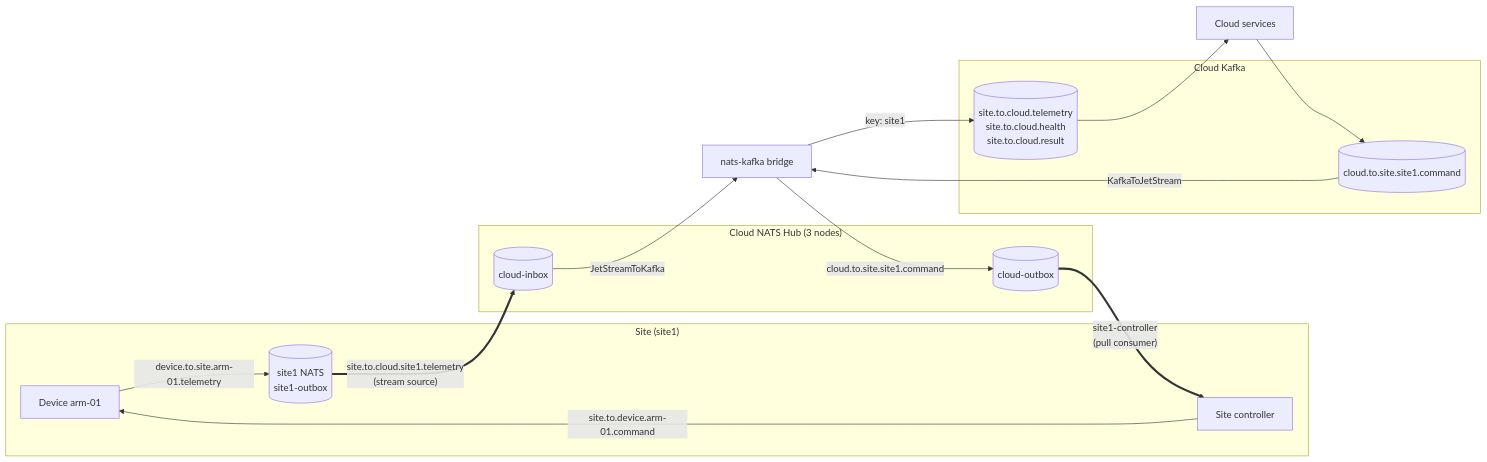
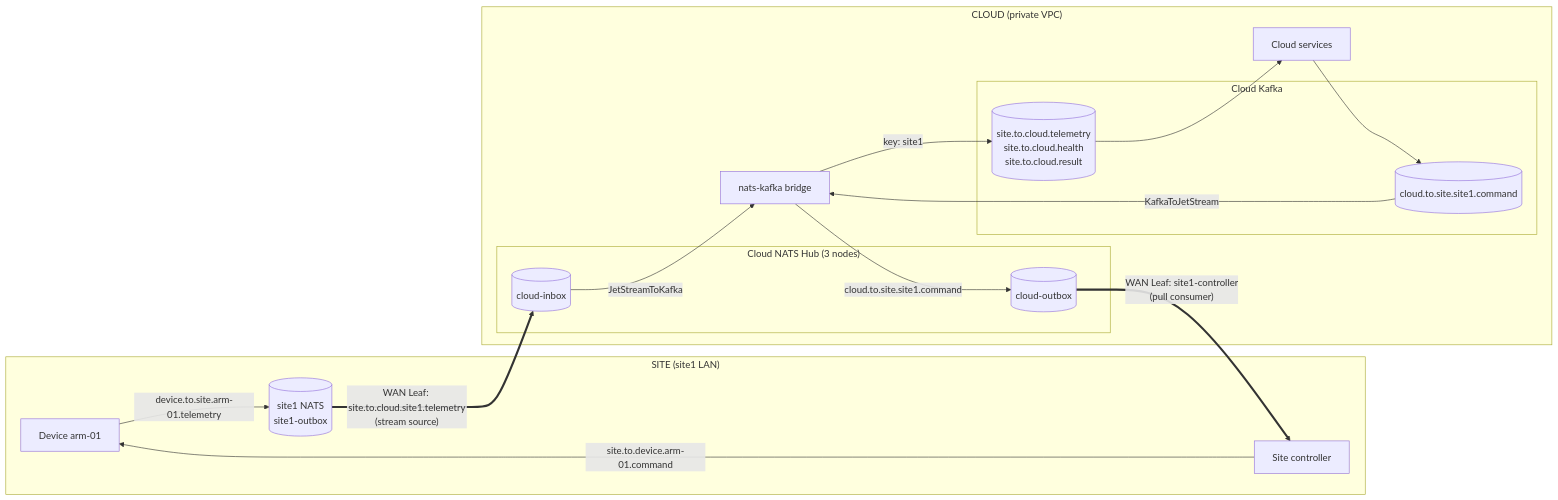
The first of 4 diagrams in pattern-a-cloud-hub/README.md (jinternals/nats-demo), drawn with Mermaid before and after one commit. The commit also changed 3 other files, not shown here.

Commit message:
Make Site / WAN / Cloud boundaries explicit in all architecture diagrams

````diff
--- a/pattern-a-cloud-hub/README.md
+++ b/pattern-a-cloud-hub/README.md
@@ -47,34 +47,36 @@
 ```mermaid
 flowchart LR
-  subgraph site["Site (site1)"]
+  subgraph site["SITE (site1 LAN)"]
     dev["Device arm-01"]
     ctl["Site controller"]
     out[("site1 NATS<br/>site1-outbox")]
   end
 
-  subgraph hub["Cloud NATS Hub (3 nodes)"]
-    inbox[("cloud-inbox")]
-    outbox[("cloud-outbox")]
+  subgraph cloud["CLOUD (private VPC)"]
+    subgraph hub["Cloud NATS Hub (3 nodes)"]
+      inbox[("cloud-inbox")]
+      outbox[("cloud-outbox")]
+    end
+
+    br["nats-kafka bridge"]
+
+    subgraph kafka["Cloud Kafka"]
+      kcmd[("cloud.to.site.site1.command")]
+      kev[("site.to.cloud.telemetry<br/>site.to.cloud.health<br/>site.to.cloud.result")]
+    end
+
+    svc["Cloud services"]
   end
 
-  br["nats-kafka bridge"]
-
-  subgraph kafka["Cloud Kafka"]
-    kcmd[("cloud.to.site.site1.command")]
-    kev[("site.to.cloud.telemetry<br/>site.to.cloud.health<br/>site.to.cloud.result")]
-  end
-
-  svc["Cloud services"]
-
   dev -- "device.to.site.arm-01.telemetry" --> out
-  out == "site.to.cloud.site1.telemetry<br/>(stream source)" ==> inbox
+  out == "WAN Leaf: site.to.cloud.site1.telemetry<br/>(stream source)" ==> inbox
   inbox -- "JetStreamToKafka" --> br
   br -- "key: site1" --> kev
   kev --> svc
 
   svc --> kcmd
   kcmd -- "KafkaToJetStream" --> br
   br -- "cloud.to.site.site1.command" --> outbox
-  outbox == "site1-controller<br/>(pull consumer)" ==> ctl
+  outbox == "WAN Leaf: site1-controller<br/>(pull consumer)" ==> ctl
   ctl -- "site.to.device.arm-01.command" --> dev
 ```
````
